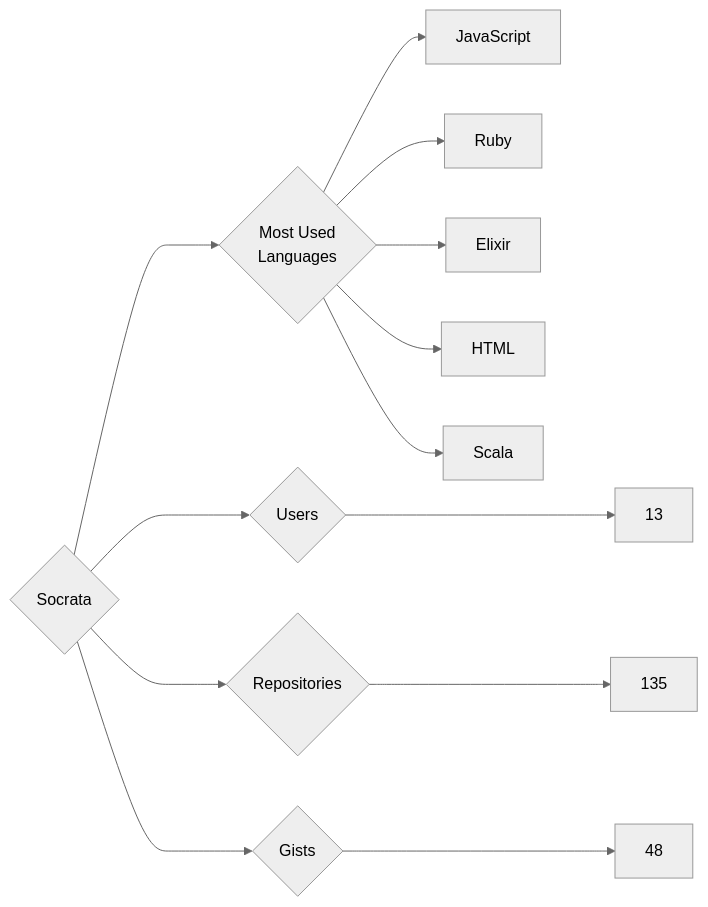
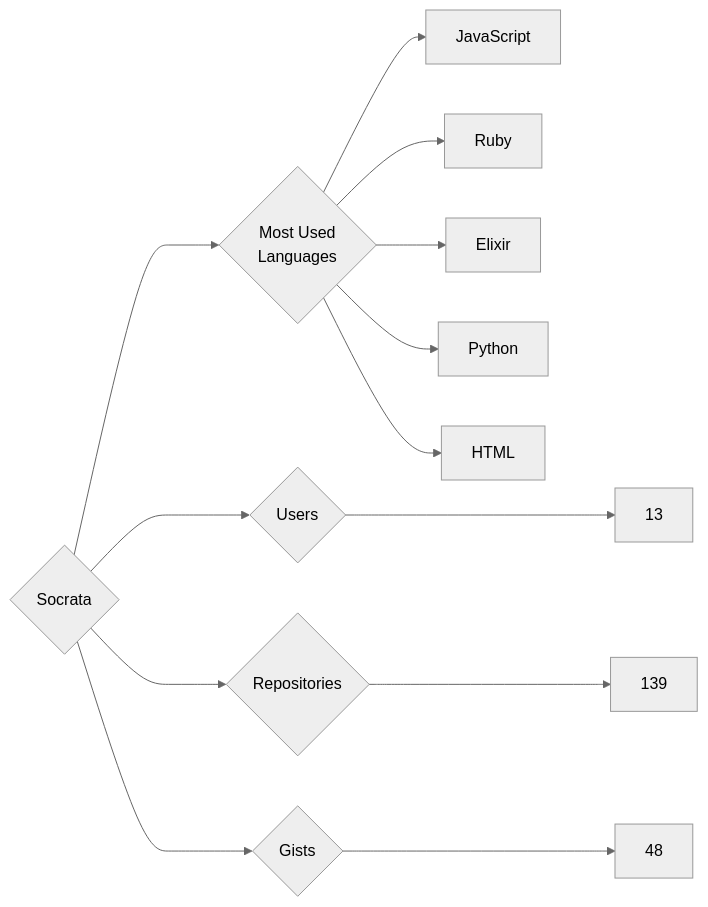
The diagram in targets/Socrata/README.md (trickest/insiders), drawn with Mermaid (neutral theme) before and after one commit. The commit also changed 1479 other files, not shown here.

````diff
--- a/targets/Socrata/README.md
+++ b/targets/Socrata/README.md
@@ -3,13 +3,13 @@
 ```mermaid
 graph LR
 COMPANY_NAME{Socrata}
 COMPANY_NAME ---> U{Users} ---> UN[13]
-COMPANY_NAME ---> R{Repositories} ---> RN[135]
+COMPANY_NAME ---> R{Repositories} ---> RN[139]
 COMPANY_NAME ---> G{Gists} ---> GN[48]
 COMPANY_NAME ---> ML{Most Used<br>Languages}
 ML --> JavaScript[JavaScript]
 ML --> Ruby[Ruby]
 ML --> Elixir[Elixir]
+ML --> Python[Python]
 ML --> HTML[HTML]
-ML --> Scala[Scala]
 ```
````
